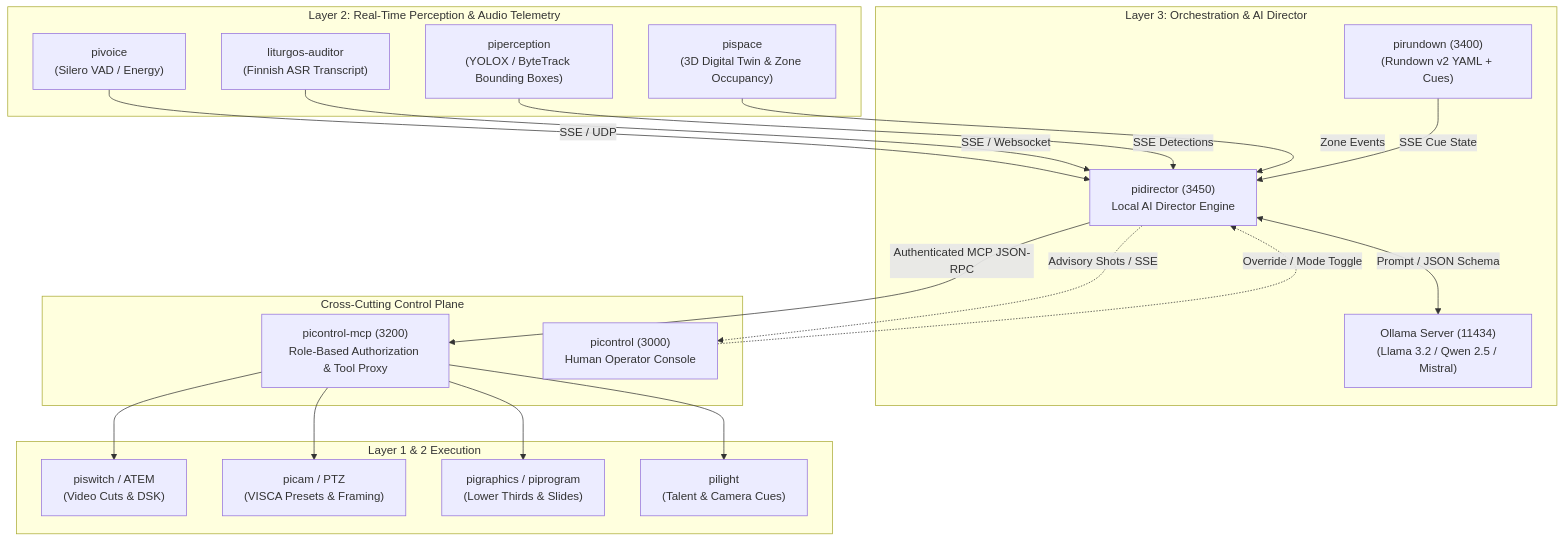
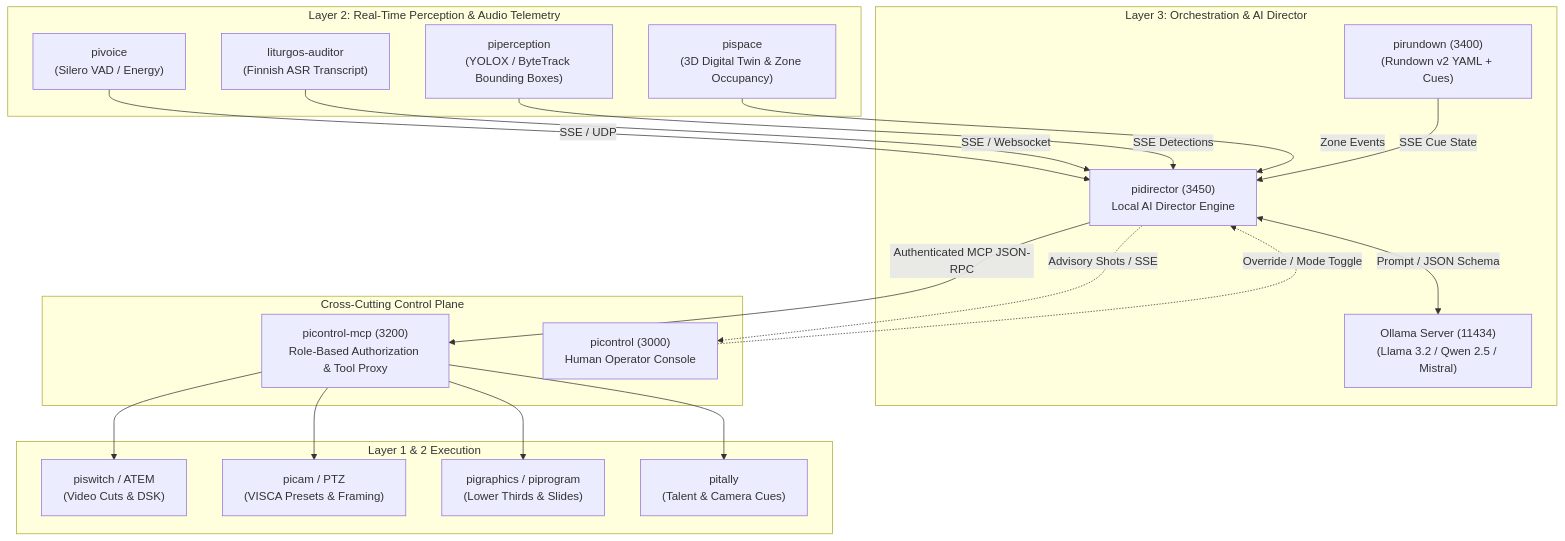
The first of 3 diagrams in docs/pidirector-architecture-plan.md (jsilvanus/piecosystem), drawn with Mermaid before and after one commit. The commit also changed 10 other files, not shown here.

First line of the commit message:
Rename pilight to pitally

````diff
--- a/docs/pidirector-architecture-plan.md
+++ b/docs/pidirector-architecture-plan.md
@@ -17,43 +17,43 @@
 ```mermaid
 graph TD
     subgraph SENSORS["Layer 2: Real-Time Perception & Audio Telemetry"]
         VOICE["pivoice<br/>(Silero VAD / Energy)"]
         AUDITOR["liturgos-auditor<br/>(Finnish ASR Transcript)"]
         PERCEPTION["piperception<br/>(YOLOX / ByteTrack Bounding Boxes)"]
         SPACE["pispace<br/>(3D Digital Twin & Zone Occupancy)"]
     end
 
     subgraph ORCH["Layer 3: Orchestration & AI Director"]
         RUNDOWN["pirundown (3400)<br/>(Rundown v2 YAML + Cues)"]
         DIRECTOR["pidirector (3450)<br/>Local AI Director Engine"]
         OLLAMA["Ollama Server (11434)<br/>(Llama 3.2 / Qwen 2.5 / Mistral)"]
     end
 
     subgraph CONTROL["Cross-Cutting Control Plane"]
         MCP["picontrol-mcp (3200)<br/>Role-Based Authorization & Tool Proxy"]
         OPERATOR["picontrol (3000)<br/>Human Operator Console"]
     end
 
     subgraph HARDWARE["Layer 1 & 2 Execution"]
         PISWITCH["piswitch / ATEM<br/>(Video Cuts & DSK)"]
         PICAM["picam / PTZ<br/>(VISCA Presets & Framing)"]
         GRAPHICS["pigraphics / piprogram<br/>(Lower Thirds & Slides)"]
-        TALLY["pilight<br/>(Talent & Camera Cues)"]
+        TALLY["pitally<br/>(Talent & Camera Cues)"]
     end
 
     VOICE -->|SSE / UDP| DIRECTOR
     AUDITOR -->|SSE / Websocket| DIRECTOR
     PERCEPTION -->|SSE Detections| DIRECTOR
     SPACE -->|Zone Events| DIRECTOR
     RUNDOWN -->|SSE Cue State| DIRECTOR
 
     DIRECTOR <-->|Prompt / JSON Schema| OLLAMA
     DIRECTOR -->|Authenticated MCP JSON-RPC| MCP
     MCP --> PISWITCH
     MCP --> PICAM
     MCP --> GRAPHICS
     MCP --> TALLY
 
     DIRECTOR -.->|Advisory Shots / SSE| OPERATOR
     OPERATOR -.->|Override / Mode Toggle| DIRECTOR
 ```
````
